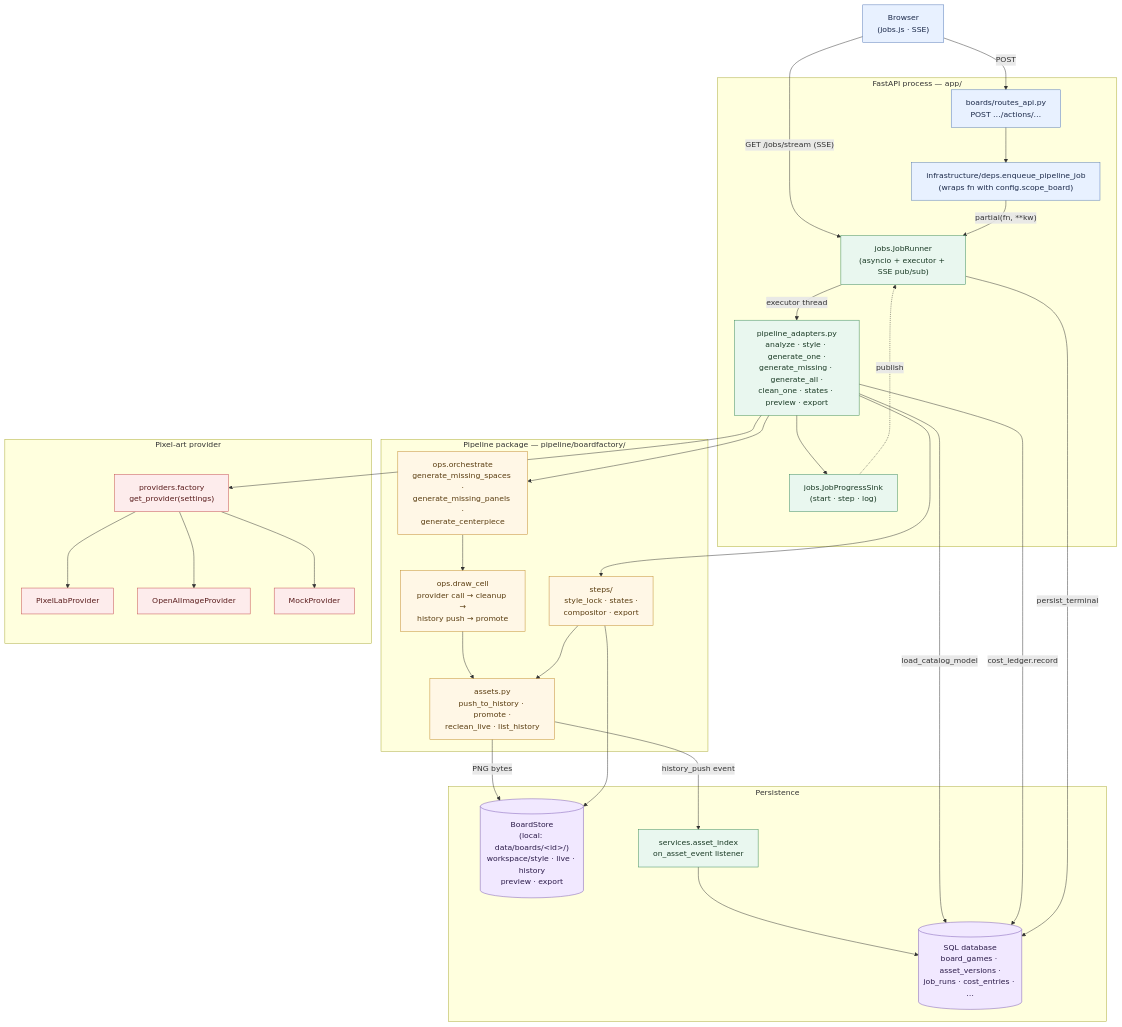
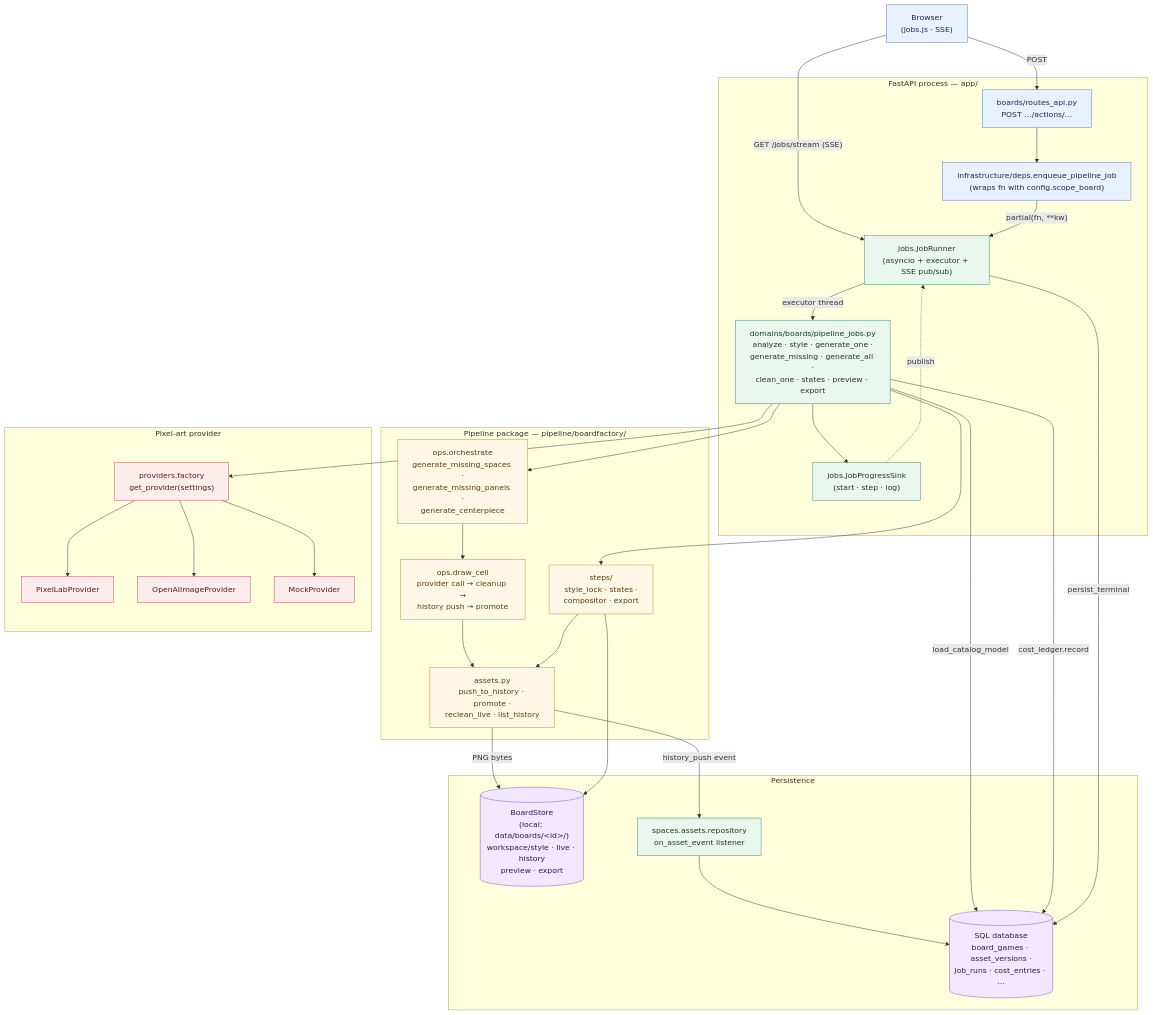
The diagram in docs/diagrams/pipeline.md (donnaloia/board-factory), drawn with Mermaid before and after one commit. The commit also changed other lines of this file and 493 other files, not shown here.

````diff
--- a/docs/diagrams/pipeline.md
+++ b/docs/diagrams/pipeline.md
@@ -8,62 +8,62 @@
 ```mermaid
 flowchart TB
   classDef http fill:#e8f1ff,stroke:#5479b8,color:#1c2a4a;
   classDef worker fill:#e9f7ef,stroke:#3a8a59,color:#1a3a25;
   classDef pipeline fill:#fff7e6,stroke:#c08a2c,color:#5a3d11;
   classDef provider fill:#fdecec,stroke:#c44b4b,color:#5a1d1d;
   classDef store fill:#f1e8ff,stroke:#7857b3,color:#2c1c4a;
 
   Browser["Browser<br/>(jobs.js · SSE)"]:::http
 
   subgraph Web["FastAPI process — app/"]
     Route["boards/routes_api.py<br/>POST …/actions/…"]:::http
     Deps["infrastructure/deps.enqueue_pipeline_job<br/>(wraps fn with config.scope_board)"]:::http
-    Adapter["pipeline_adapters.py<br/>analyze · style · generate_one ·<br/>generate_missing · generate_all ·<br/>clean_one · states · preview · export"]:::worker
+    Adapter["domains/boards/pipeline_jobs.py<br/>analyze · style · generate_one ·<br/>generate_missing · generate_all ·<br/>clean_one · states · preview · export"]:::worker
     Runner["jobs.JobRunner<br/>(asyncio + executor + SSE pub/sub)"]:::worker
     Sink["jobs.JobProgressSink<br/>(start · step · log)"]:::worker
   end
 
   subgraph Pipeline["Pipeline package — pipeline/boardfactory/"]
     Orch["ops.orchestrate<br/>generate_missing_spaces ·<br/>generate_missing_panels ·<br/>generate_centerpiece"]:::pipeline
     Draw["ops.draw_cell<br/>provider call → cleanup →<br/>history push → promote"]:::pipeline
     Steps["steps/<br/>style_lock · states ·<br/>compositor · export"]:::pipeline
     Assets["assets.py<br/>push_to_history · promote ·<br/>reclean_live · list_history"]:::pipeline
   end
 
   subgraph Provider["Pixel-art provider"]
     PFactory["providers.factory<br/>get_provider(settings)"]:::provider
     PixelLab["PixelLabProvider"]:::provider
     OpenAI["OpenAIImageProvider"]:::provider
     Mock["MockProvider"]:::provider
   end
 
   subgraph Storage["Persistence"]
     DB[("SQL database<br/>board_games · asset_versions ·<br/>job_runs · cost_entries · …")]:::store
     Disk[("BoardStore<br/>(local: data/boards/&lt;id&gt;/)<br/>workspace/style · live · history<br/>preview · export")]:::store
-    AssetIdx["services.asset_index<br/>on_asset_event listener"]:::worker
+    AssetIdx["spaces.assets.repository<br/>on_asset_event listener"]:::worker
   end
 
   Browser -- "POST" --> Route
   Browser -- "GET /jobs/stream (SSE)" --> Runner
   Route --> Deps
   Deps -- "partial(fn, **kw)" --> Runner
   Runner -- "executor thread" --> Adapter
   Adapter --> Orch
   Adapter --> Steps
   Adapter --> PFactory
   PFactory --> PixelLab
   PFactory --> OpenAI
   PFactory --> Mock
   Orch --> Draw
   Draw --> Assets
   Steps --> Assets
   Adapter --> Sink
   Sink -. "publish" .-> Runner
   Assets -- "history_push event" --> AssetIdx
   AssetIdx --> DB
   Assets -- "PNG bytes" --> Disk
   Steps --> Disk
   Adapter -- "load_catalog_model" --> DB
   Adapter -- "cost_ledger.record" --> DB
   Runner -- "persist_terminal" --> DB
 ```
````
